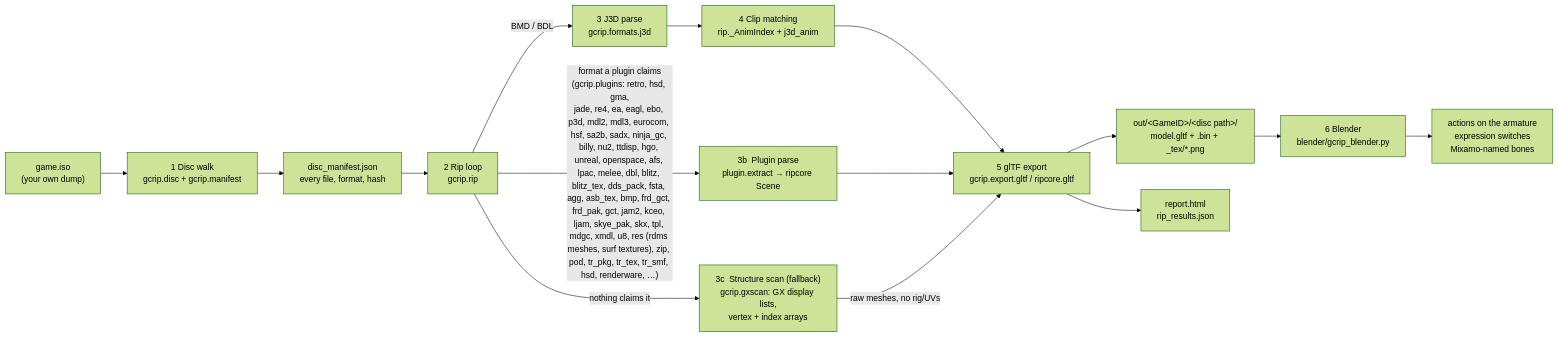
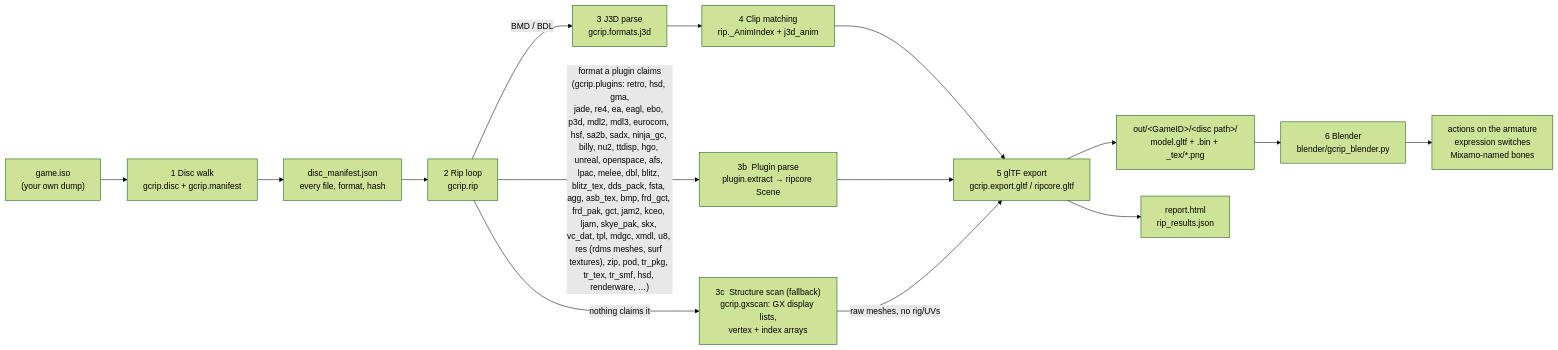
One commit to Felbs/3d-ripper-9000 changed the first of 9 diagrams in docs/PIPELINE.md. Above: the diagram before and after it, drawn with Mermaid (forest theme). The commit also changed 19 other files, not shown here.

````diff
--- a/docs/PIPELINE.md
+++ b/docs/PIPELINE.md
@@ -11,17 +11,17 @@
 ```mermaid
 flowchart LR
     ISO["game.iso<br/>(your own dump)"] --> WALK["1  Disc walk<br/>gcrip.disc + gcrip.manifest"]
     WALK --> MAN["disc_manifest.json<br/>every file, format, hash"]
     MAN --> RIP["2  Rip loop<br/>gcrip.rip"]
     RIP -->|"BMD / BDL"| J3D["3  J3D parse<br/>gcrip.formats.j3d"]
-    RIP -->|"format a plugin claims<br/>(gcrip.plugins: retro, hsd, gma,<br/>jade, re4, ea, eagl, ebo, p3d, mdl2, mdl3, eurocom, hsf, sa2b, sadx, ninja_gc, billy, nu2, ttdisp, hgo, unreal, openspace, afs, lpac, melee, dbl, blitz, blitz_tex, dds_pack, fsta, agg, asb_tex, bmp, frd_gct, frd_pak, gct, jam2, kceo, ljam, skye_pak, skx, tpl, mdgc, xmdl, u8, res (rdms meshes, surf textures), zip, pod, tr_pkg, tr_tex, tr_smf, hsd, renderware, …)"| PLUG["3b  Plugin parse<br/>plugin.extract → ripcore Scene"]
+    RIP -->|"format a plugin claims<br/>(gcrip.plugins: retro, hsd, gma,<br/>jade, re4, ea, eagl, ebo, p3d, mdl2, mdl3, eurocom, hsf, sa2b, sadx, ninja_gc, billy, nu2, ttdisp, hgo, unreal, openspace, afs, lpac, melee, dbl, blitz, blitz_tex, dds_pack, fsta, agg, asb_tex, bmp, frd_gct, frd_pak, gct, jam2, kceo, ljam, skye_pak, skx, vc_dat, tpl, mdgc, xmdl, u8, res (rdms meshes, surf textures), zip, pod, tr_pkg, tr_tex, tr_smf, hsd, renderware, …)"| PLUG["3b  Plugin parse<br/>plugin.extract → ripcore Scene"]
     RIP -->|"nothing claims it"| GX["3c  Structure scan (fallback)<br/>gcrip.gxscan: GX display lists,<br/>vertex + index arrays"]
     J3D --> ANIM["4  Clip matching<br/>rip._AnimIndex + j3d_anim"]
     ANIM --> GLTF["5  glTF export<br/>gcrip.export.gltf / ripcore.gltf"]
     PLUG --> GLTF
     GX -->|"raw meshes, no rig/UVs"| GLTF
     GLTF --> OUT["out/&lt;GameID&gt;/&lt;disc path&gt;/<br/>model.gltf + .bin + _tex/*.png"]
     GLTF --> REP["report.html<br/>rip_results.json"]
     OUT --> BL["6  Blender<br/>blender/gcrip_blender.py"]
     BL --> PLAY["actions on the armature<br/>expression switches<br/>Mixamo-named bones"]
 ```
````
